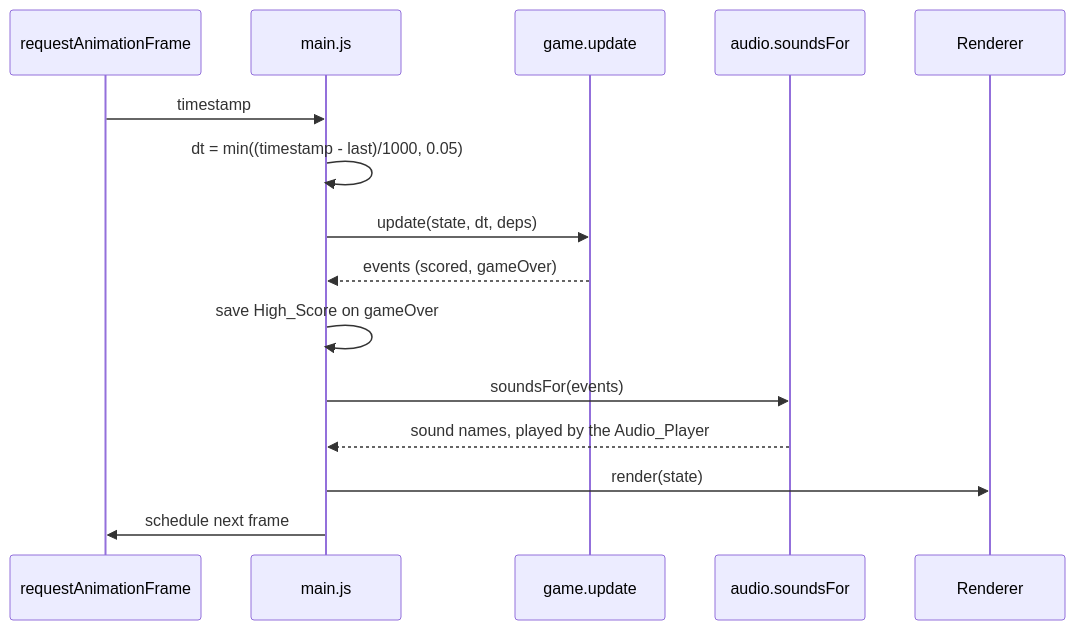
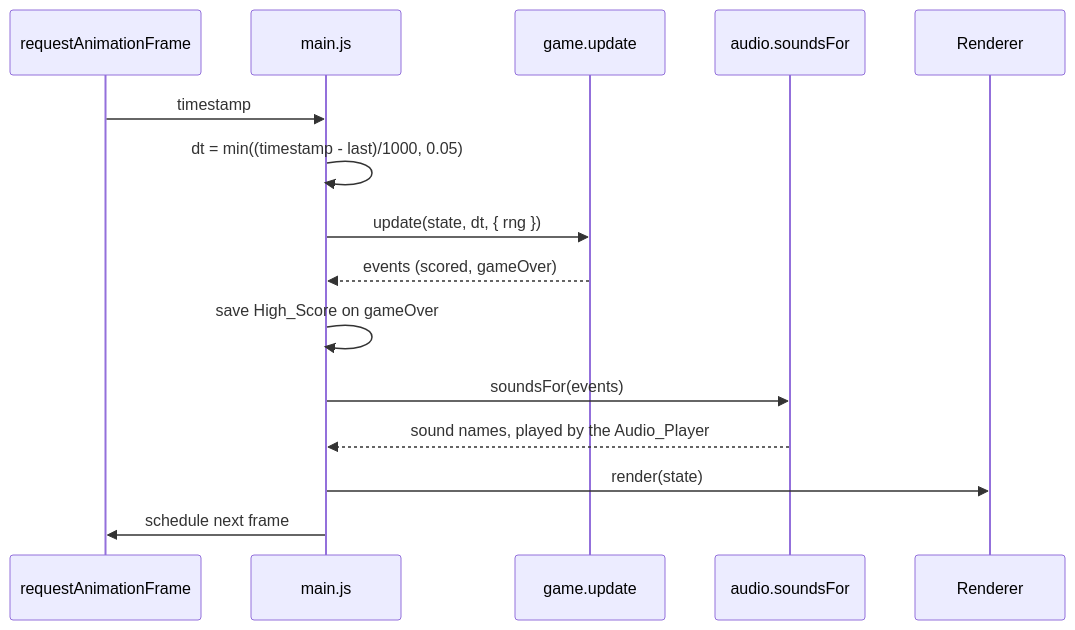
The fourth of 4 diagrams in .kiro/specs/flappy-kiro/design.md (will13cb/flappy-kiro), drawn with Mermaid before and after one commit. The commit also changed other lines of this file and 74 other files, not shown here.

````diff
--- a/.kiro/specs/flappy-kiro/design.md
+++ b/.kiro/specs/flappy-kiro/design.md
@@ -162,17 +145,17 @@
 ```mermaid
 sequenceDiagram
     participant RAF as requestAnimationFrame
     participant Main as main.js
     participant Game as game.update
     participant A as audio.soundsFor
     participant R as Renderer
     RAF->>Main: timestamp
     Main->>Main: dt = min((timestamp - last)/1000, 0.05)
-    Main->>Game: update(state, dt, deps)
+    Main->>Game: update(state, dt, { rng })
     Game-->>Main: events (scored, gameOver)
     Main->>Main: save High_Score on gameOver
     Main->>A: soundsFor(events)
     A-->>Main: sound names, played by the Audio_Player
     Main->>R: render(state)
     Main->>RAF: schedule next frame
 ```
````
